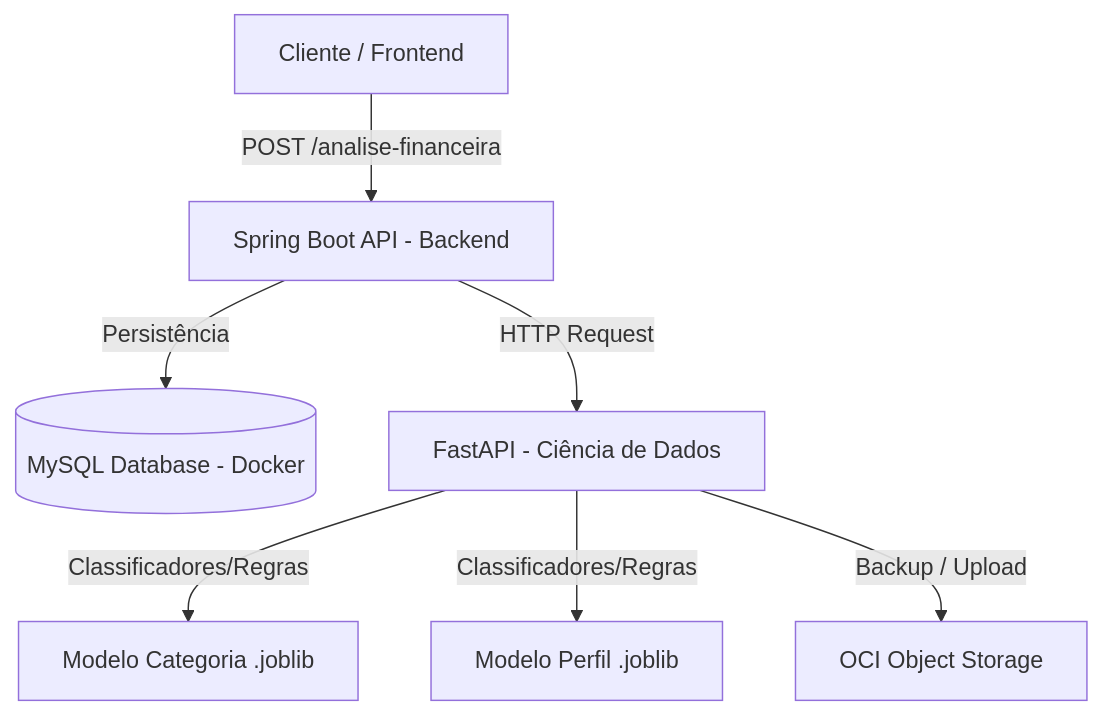
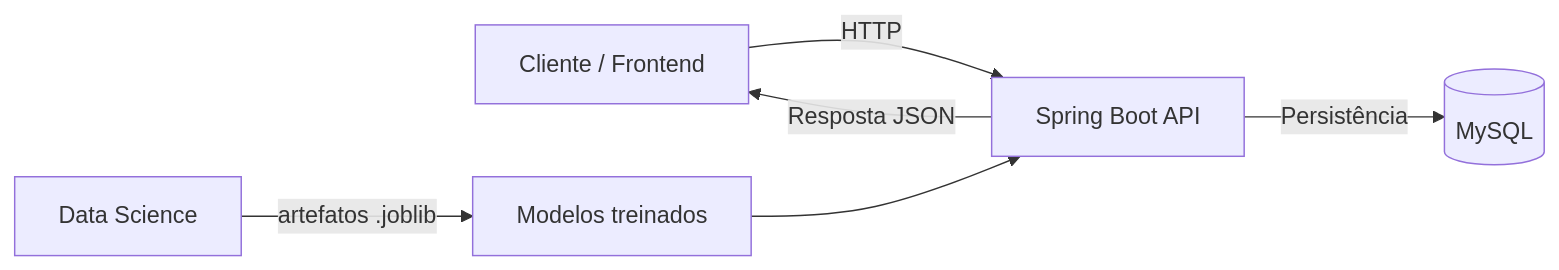
The diagram in README.md (No-Country-simulation/G9-BR-Team-26), drawn with Mermaid before and after one commit. The commit also changed other lines of this file and 44 other files, not shown here.

````diff
--- a/README.md
+++ b/README.md
@@ -23,9 +27,8 @@
 ```mermaid
-graph TD
-    Client[Cliente / Frontend] -->|POST /analise-financeira| API[Spring Boot API - Backend]
-    API -->|Persistência| DB[(MySQL Database - Docker)]
-    API -->|HTTP Request| DS[FastAPI - Ciência de Dados]
-    DS -->|Classificadores/Regras| ModelCategory[Modelo Categoria .joblib]
-    DS -->|Classificadores/Regras| ModelProfile[Modelo Perfil .joblib]
-    DS -->|Backup / Upload| OCI[OCI Object Storage]
+graph LR
+    Client[Cliente / Frontend] -->|HTTP| Backend[Spring Boot API]
+    Backend -->|Persistência| DB[(MySQL)]
+    DataScience[Data Science] -->|artefatos .joblib| Models[Modelos treinados]
+    Models --> Backend
+    Backend -->|Resposta JSON| Client
 ```
````
